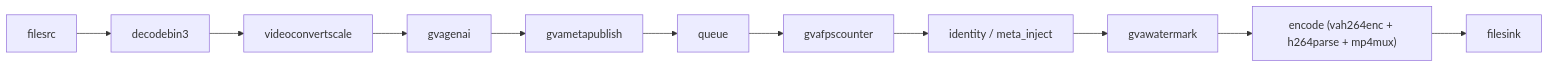
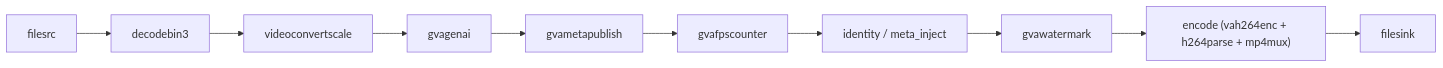
The diagram in samples/gstreamer/python/vlm_alerts/README.md (open-edge-platform/dlstreamer), drawn with Mermaid before and after one commit.

Commit message:
vlm_alerts: modify the graph in README.md

````diff
--- a/samples/gstreamer/python/vlm_alerts/README.md
+++ b/samples/gstreamer/python/vlm_alerts/README.md
@@ -52,13 +52,12 @@
 ```mermaid
 graph LR
     A[filesrc] --> B[decodebin3]
     B --> C[videoconvertscale]
     C --> D[gvagenai]
     D --> E[gvametapublish]
-    E --> F[queue]
-    F --> G[gvafpscounter]
-    G --> H[identity / meta_inject]
-    H --> I[gvawatermark]
-    I --> J["encode (vah264enc + h264parse + mp4mux)"]
-    J --> K[filesink]
+    E --> F[gvafpscounter]
+    F --> G[identity / meta_inject]
+    G --> H[gvawatermark]
+    H --> I["encode (vah264enc + h264parse + mp4mux)"]
+    I --> J[filesink]
 ```
````
